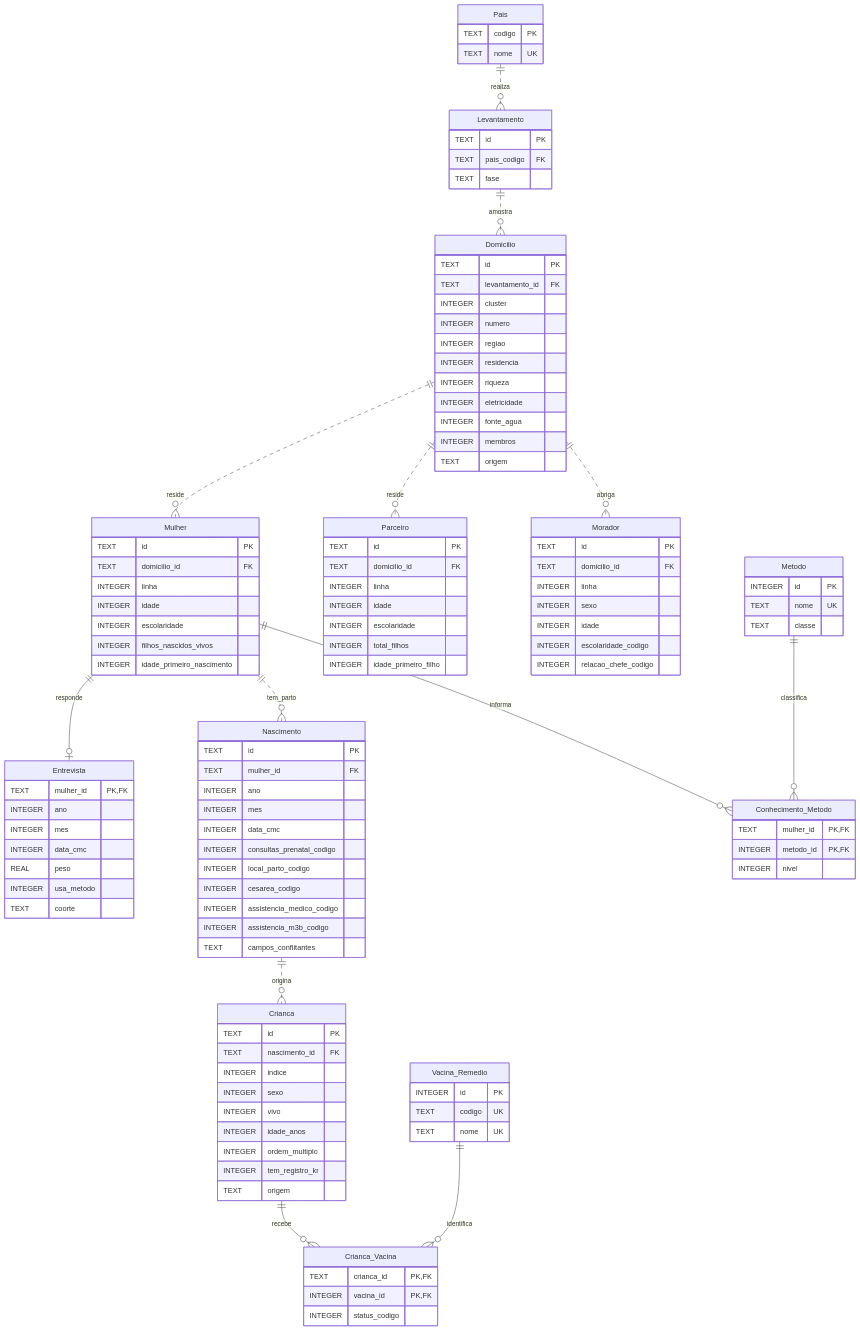
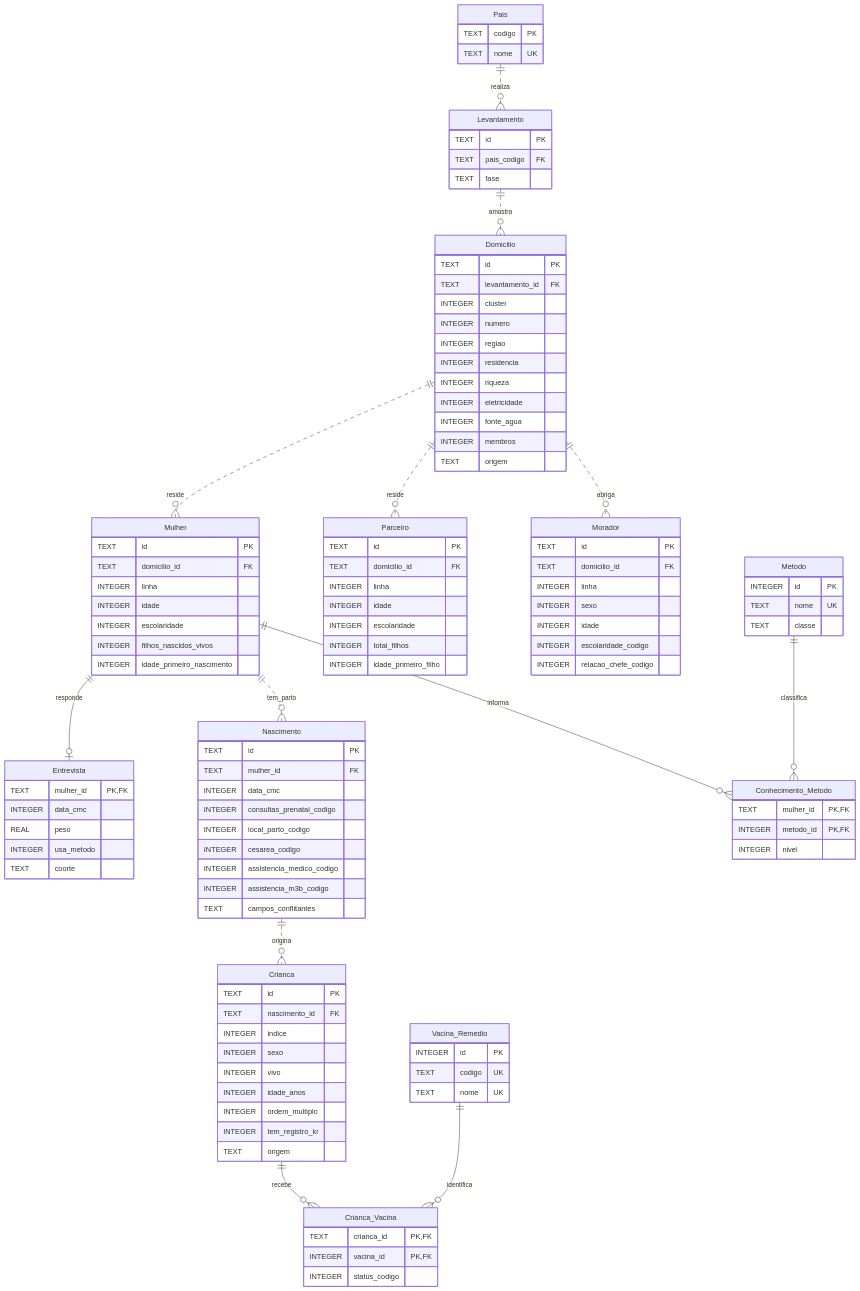
Before and after one commit to limag-henrique/subsaharanAfrica-womenData: the diagram in docs/Diagrama Relacional.mmd, drawn with Mermaid. The commit also changed 12 other files, not shown here.

```diff
--- a/docs/Diagrama Relacional.mmd
+++ b/docs/Diagrama Relacional.mmd
@@ -1,121 +1,117 @@
 ---
 config:
   theme: default
   look: classic
   layout: dagre
 ---
 erDiagram
     Pais {
         TEXT codigo PK
         TEXT nome UK
     }
     Levantamento {
         TEXT id PK
         TEXT pais_codigo FK
         TEXT fase
     }
     Domicilio {
         TEXT id PK
         TEXT levantamento_id FK
         INTEGER cluster
         INTEGER numero
         INTEGER regiao
         INTEGER residencia
         INTEGER riqueza
         INTEGER eletricidade
         INTEGER fonte_agua
         INTEGER membros
         TEXT origem
     }
     Mulher {
         TEXT id PK
         TEXT domicilio_id FK
         INTEGER linha
         INTEGER idade
         INTEGER escolaridade
         INTEGER filhos_nascidos_vivos
         INTEGER idade_primeiro_nascimento
     }
     Parceiro {
         TEXT id PK
         TEXT domicilio_id FK
         INTEGER linha
         INTEGER idade
         INTEGER escolaridade
         INTEGER total_filhos
         INTEGER idade_primeiro_filho
     }
     Entrevista {
         TEXT mulher_id PK,FK
-        INTEGER ano
-        INTEGER mes
         INTEGER data_cmc
         REAL peso
         INTEGER usa_metodo
         TEXT coorte
     }
     Nascimento {
         TEXT id PK
         TEXT mulher_id FK
-        INTEGER ano
-        INTEGER mes
         INTEGER data_cmc
         INTEGER consultas_prenatal_codigo
         INTEGER local_parto_codigo
         INTEGER cesarea_codigo
         INTEGER assistencia_medico_codigo
         INTEGER assistencia_m3b_codigo
         TEXT campos_conflitantes
     }
     Crianca {
         TEXT id PK
         TEXT nascimento_id FK
         INTEGER indice
         INTEGER sexo
         INTEGER vivo
         INTEGER idade_anos
         INTEGER ordem_multiplo
         INTEGER tem_registro_kr
         TEXT origem
     }
     Vacina_Remedio {
         INTEGER id PK
         TEXT codigo UK
         TEXT nome UK
     }
     Crianca_Vacina {
         TEXT crianca_id PK,FK
         INTEGER vacina_id PK,FK
         INTEGER status_codigo
     }
     Morador {
         TEXT id PK
         TEXT domicilio_id FK
         INTEGER linha
         INTEGER sexo
         INTEGER idade
         INTEGER escolaridade_codigo
         INTEGER relacao_chefe_codigo
     }
     Metodo {
         INTEGER id PK
         TEXT nome UK
         TEXT classe
     }
     Conhecimento_Metodo {
         TEXT mulher_id PK,FK
         INTEGER metodo_id PK,FK
         INTEGER nivel
     }
     Pais ||..o{ Levantamento : realiza
     Levantamento ||..o{ Domicilio : amostra
     Domicilio ||..o{ Morador : abriga
     Domicilio ||..o{ Mulher : reside
     Domicilio ||..o{ Parceiro : reside
     Mulher ||--o| Entrevista : responde
     Mulher ||..o{ Nascimento : tem_parto
     Nascimento ||..o{ Crianca : origina
     Mulher ||--o{ Conhecimento_Metodo : informa
     Metodo ||--o{ Conhecimento_Metodo : classifica
     Crianca ||--o{ Crianca_Vacina : recebe
     Vacina_Remedio ||--o{ Crianca_Vacina : identifica
```
